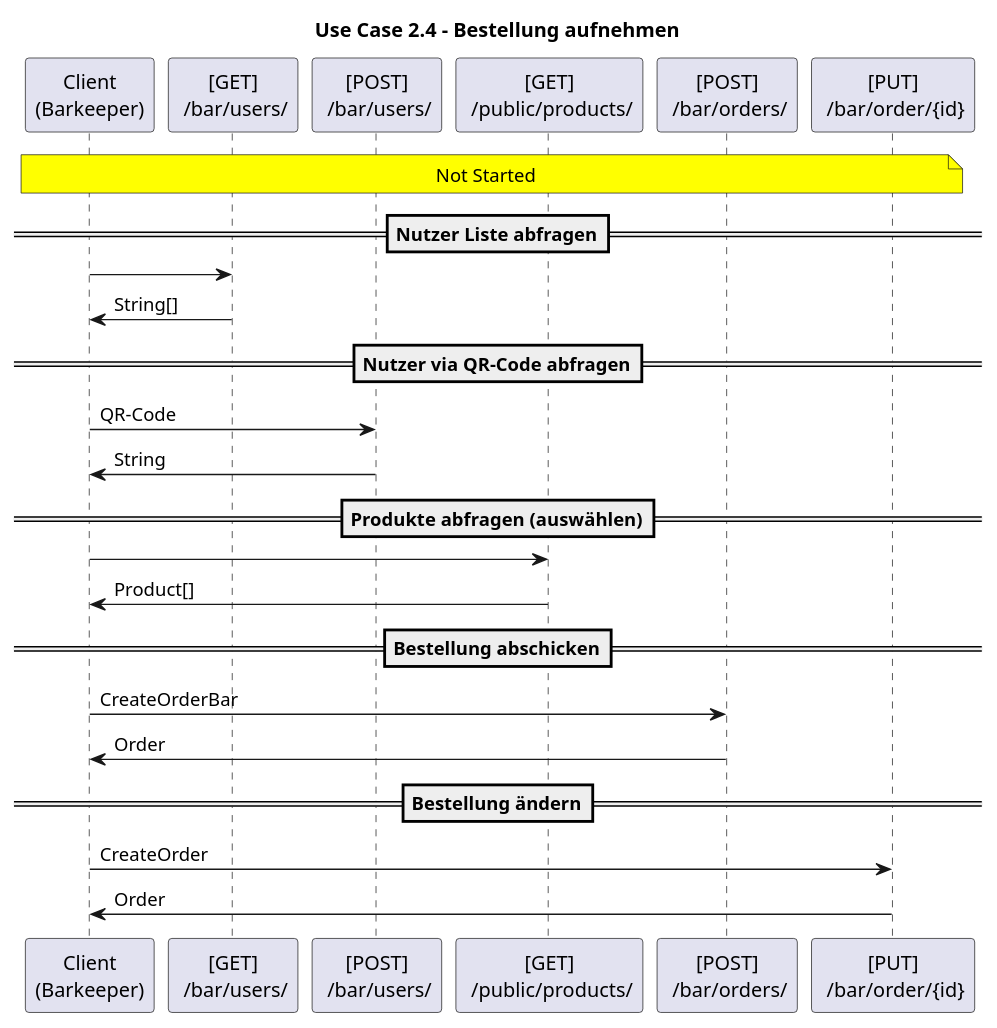
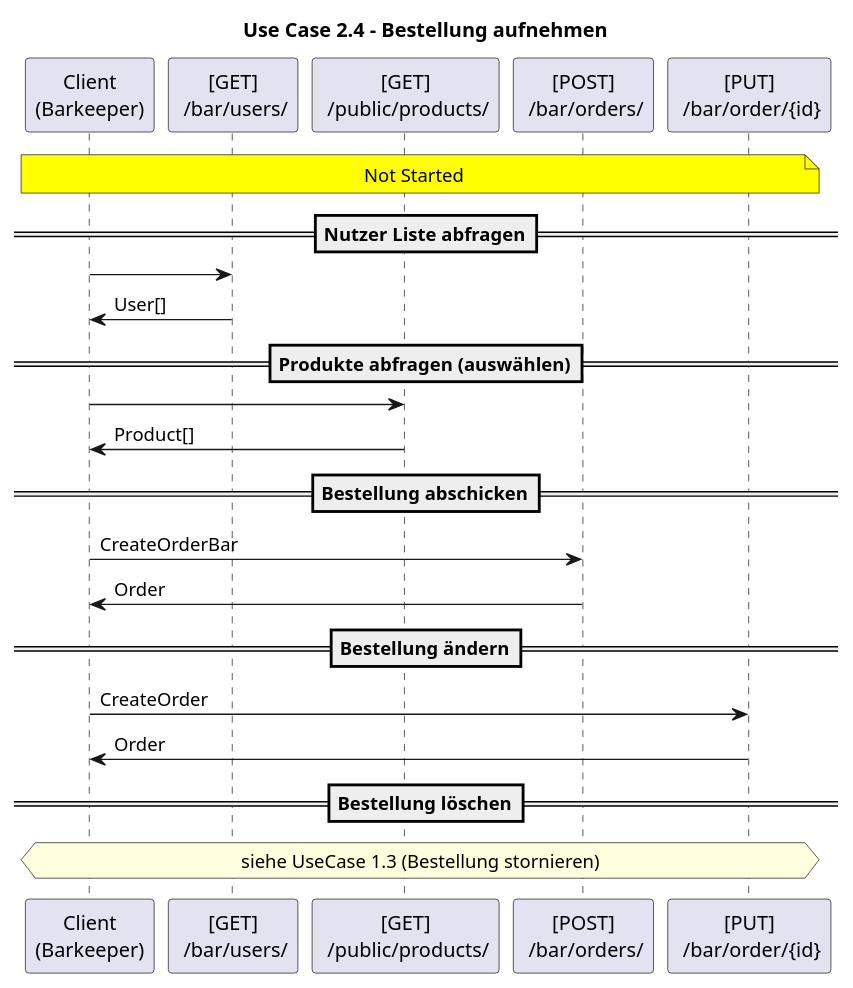
The fourth of 4 diagrams in docs/api-sequence-diagram/UseCase/Use-Case_2.puml (Mankianer/TresenSystem), drawn with PlantUML before and after one commit. The commit also changed other lines of this file, not shown here.

Commit message:
update Docs - UseCase 2:
remove Order via Token or User

```diff
--- a/docs/api-sequence-diagram/UseCase/Use-Case_2.puml
+++ b/docs/api-sequence-diagram/UseCase/Use-Case_2.puml
@@ -32,24 +32,23 @@
 @startuml
 title Use Case 2.4 - Bestellung aufnehmen
 note across #yellow: Not Started
 
 ==Nutzer Liste abfragen==
 "Client\n(Barkeeper)" -> "[GET]\n /bar/users/":
-"Client\n(Barkeeper)" <- "[GET]\n /bar/users/": String[]
-
-==Nutzer via QR-Code abfragen==
-"Client\n(Barkeeper)" -> "[POST]\n /bar/users/": QR-Code
-"Client\n(Barkeeper)" <- "[POST]\n /bar/users/": String
+"Client\n(Barkeeper)" <- "[GET]\n /bar/users/": User[]
 
 ==Produkte abfragen (auswählen)==
 "Client\n(Barkeeper)" -> "[GET]\n /public/products/":
 "Client\n(Barkeeper)" <- "[GET]\n /public/products/": Product[]
 
 ==Bestellung abschicken==
 "Client\n(Barkeeper)" -> "[POST]\n /bar/orders/": CreateOrderBar
 "Client\n(Barkeeper)" <- "[POST]\n /bar/orders/": Order
 
 ==Bestellung ändern==
 "Client\n(Barkeeper)" -> "[PUT]\n /bar/order/{id}": CreateOrder
 "Client\n(Barkeeper)" <- "[PUT]\n /bar/order/{id}": Order
+
+==Bestellung löschen==
+hnote across: siehe UseCase 1.3 (Bestellung stornieren)
 @enduml
```
